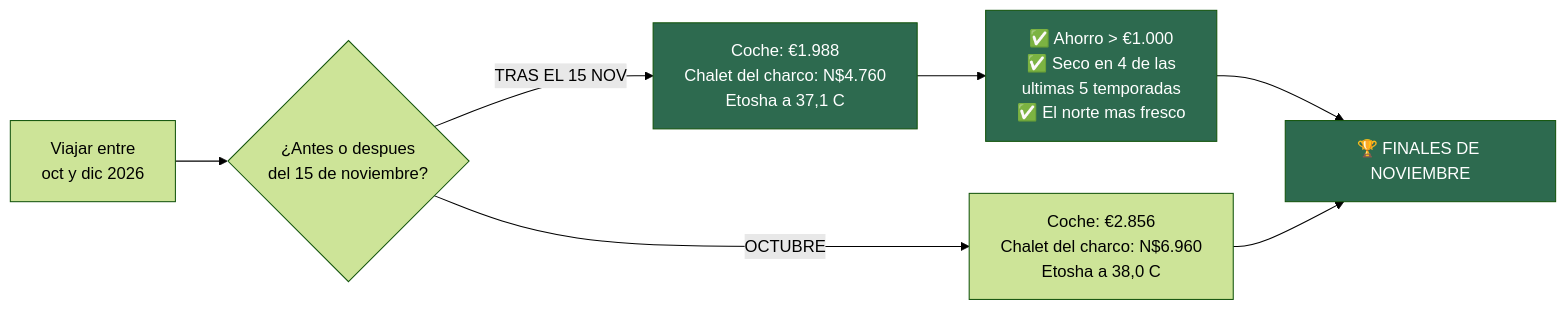
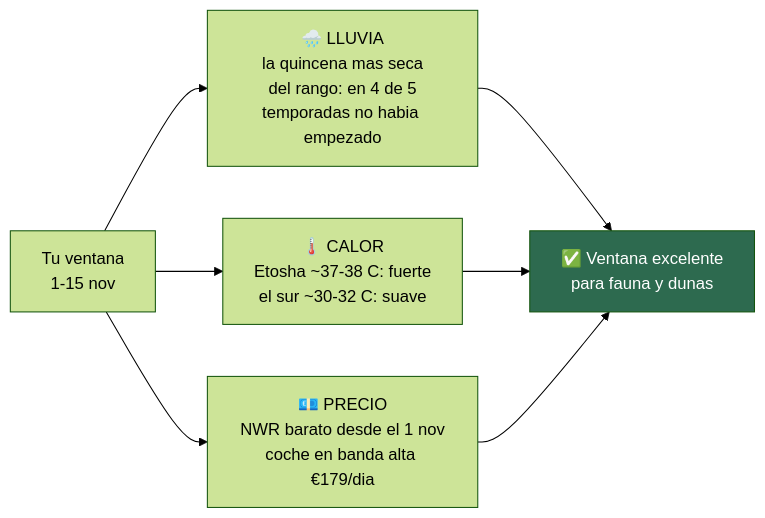
The second of 5 diagrams in README.md (morandeirachema/namibia), drawn with Mermaid (forest theme) before and after one commit. The commit also changed other lines of this file and 1 other file, not shown here.

First line of the commit message:
Fijar la ventana 1-15 de noviembre y crear la Variante D con Sossusvlei y Etosha

````diff
--- a/README.md
+++ b/README.md
@@ -87,12 +108,10 @@
 ```mermaid
 flowchart LR
-    A["Viajar entre<br/>oct y dic 2026"] --> B{"¿Antes o despues<br/>del 15 de noviembre?"}
-    B -->|"OCTUBRE"| C["Coche: €2.856<br/>Chalet del charco: N$6.960<br/>Etosha a 38,0 C"]
-    B -->|"TRAS EL 15 NOV"| D["Coche: €1.988<br/>Chalet del charco: N$4.760<br/>Etosha a 37,1 C"]
-    D --> F["✅ Ahorro > €1.000<br/>✅ Seco en 4 de las<br/>ultimas 5 temporadas<br/>✅ El norte mas fresco"]
-    F --> G["🏆 FINALES DE NOVIEMBRE"]
-    C --> G
-    style D fill:#2d6a4f,color:#fff
-    style F fill:#2d6a4f,color:#fff
-    style G fill:#2d6a4f,color:#fff
+    A["Tu ventana<br/>1-15 nov"] --> B["🌧️ LLUVIA<br/>la quincena mas seca<br/>del rango: en 4 de 5<br/>temporadas no habia empezado"]
+    A --> C["🌡️ CALOR<br/>Etosha ~37-38 C: fuerte<br/>el sur ~30-32 C: suave"]
+    A --> D["💶 PRECIO<br/>NWR barato desde el 1 nov<br/>coche en banda alta €179/dia"]
+    B --> E["✅ Ventana excelente<br/>para fauna y dunas"]
+    C --> E
+    D --> E
+    style E fill:#2d6a4f,color:#fff
 ```
````
